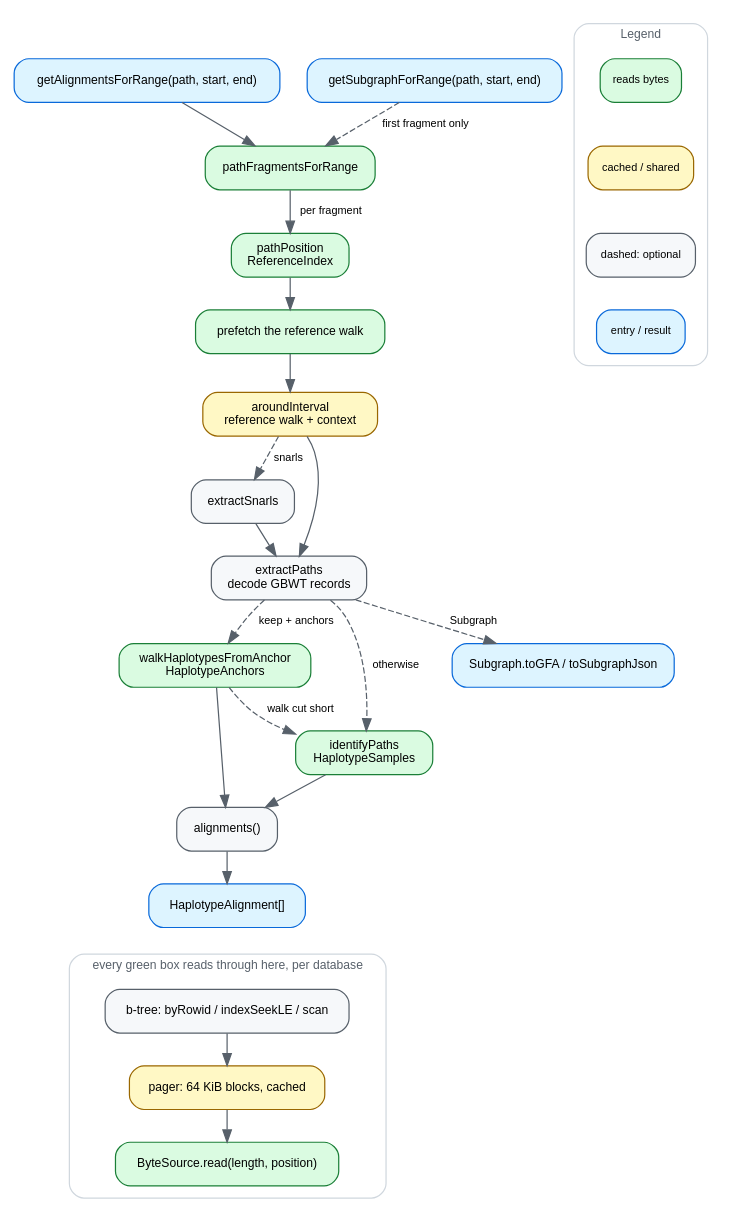
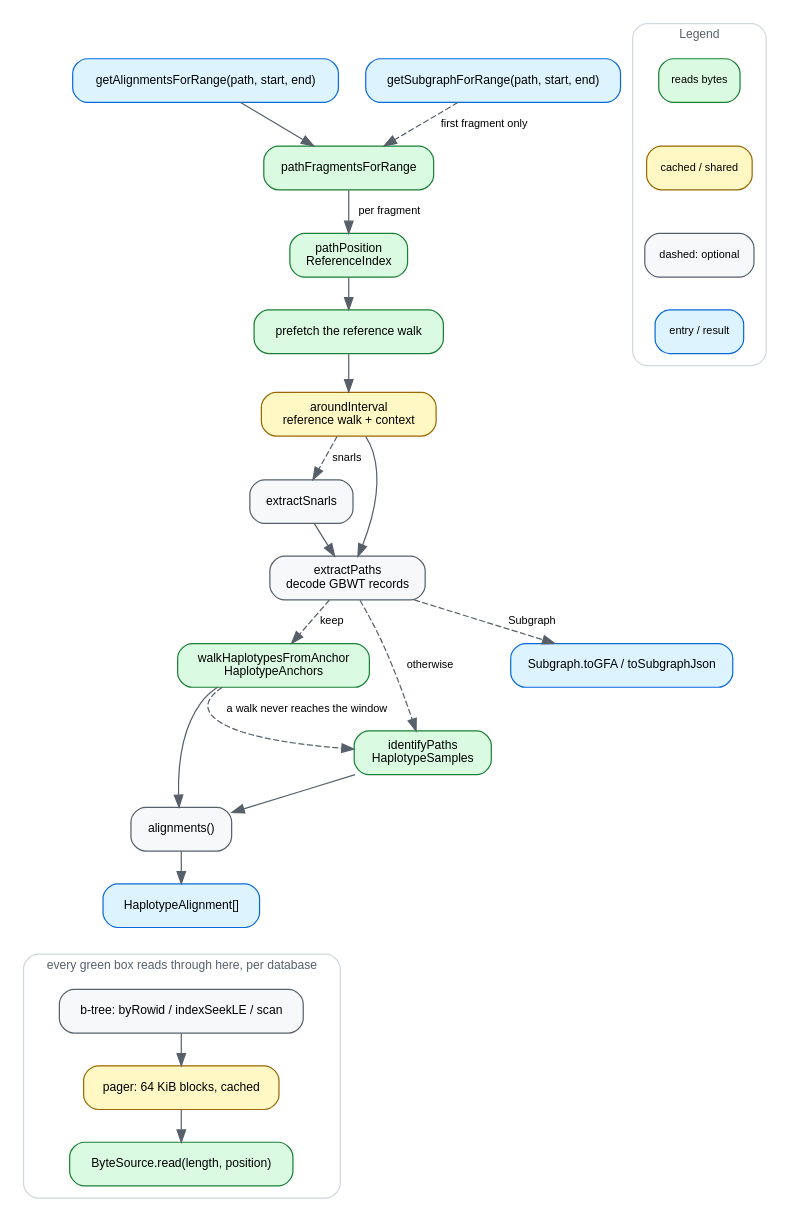
The diagram in docs/img/dataflow.dot (GMOD/gbz-base-js), drawn with Graphviz before and after one commit. The commit also changed 11 other files, not shown here.

```diff
--- a/docs/img/dataflow.dot
+++ b/docs/img/dataflow.dot
@@ -1,101 +1,101 @@
 // Source for docs/img/dataflow.svg, which docs/dataflow.md embeds.
 // Regenerate with: dot -Tsvg docs/img/dataflow.dot -o docs/img/dataflow.svg
 //
 // Deliberately the MAIN PATH only — the node and --between queries, snarl
 // extension and the fragment joining are described in dataflow.md instead. A
 // diagram that shows every branch stops being the thing you look at first.
 // The two identification routes ARE in, because which one a query takes is
 // the difference between reading a set of haplotypes and reading the graph.
 // Step labels stay to one or two words past the function name for the same
 // reason; dataflow.md carries the rest.
 //
 // Both entry points are drawn at the top. getSubgraphForRange used to be an
 // edge label between extractPaths and the GFA box, which put the name of a
 // caller at the wrong end of the arrow — it reads as something extractPaths
 // calls. It enters where it really enters, and the arrow out of extractPaths
 // is labelled with what it hands back.
 //
 // The storage cluster hangs off nothing on purpose. Every green box reads
 // through it, and drawing those six edges buried the spine they cross.
 //
 // SYNC: ~/src/gmod/bam-js/docs/img/dataflow.dot — same palette, legend and
 // spine, and tabix-js, cram-js and hic share them too. The orange "wasm" and
 // purple "off the main thread" entries of that legend are absent here rather
 // than restyled: nothing in this reader is wasm (docs/internals.md#why-not-webassembly is why)
 // and it puts nothing on a thread of its own — JBrowse runs the whole thing
 // in an RPC worker instead. The blue "entry / result" entry is this diagram's
 // own addition: the siblings have one entry point and can leave the mark to
 // position, and this one has two.
 digraph gbzbasejs {
   rankdir=TB
   bgcolor="white"
   nodesep=0.3
   ranksep=0.36
   node [shape=box style="filled,rounded" fillcolor="#f6f8fa" color="#57606a"
         fontname="Helvetica" fontsize=10 margin="0.14,0.07"]
   edge [color="#57606a" fontname="Helvetica" fontsize=9]
 
   query    [label="getAlignmentsForRange(path, start, end)" fillcolor="#ddf4ff" color="#0969da"]
   frags    [label="pathFragmentsForRange" fillcolor="#dafbe1" color="#1a7f37"]
   pos      [label="pathPosition\nReferenceIndex" fillcolor="#dafbe1" color="#1a7f37"]
   prefetch [label="prefetch the reference walk" fillcolor="#dafbe1" color="#1a7f37"]
   walk     [label="aroundInterval\nreference walk + context" fillcolor="#fff8c5" color="#9a6700"]
   snarls   [label="extractSnarls"]
   extract  [label="extractPaths\ndecode GBWT records"]
   anchored [label="walkHaplotypesFromAnchor\nHaplotypeAnchors" fillcolor="#dafbe1" color="#1a7f37"]
   sampled  [label="identifyPaths\nHaplotypeSamples" fillcolor="#dafbe1" color="#1a7f37"]
   align    [label="alignments()"]
   out      [label="HaplotypeAlignment[]" fillcolor="#ddf4ff" color="#0969da"]
   sub      [label="getSubgraphForRange(path, start, end)" fillcolor="#ddf4ff" color="#0969da"]
   gfa      [label="Subgraph.toGFA / toSubgraphJson" fillcolor="#ddf4ff" color="#0969da"]
 
   query -> frags
   sub -> frags [style=dashed label=" first fragment only "]
   frags -> pos [label=" per fragment "]
   pos -> prefetch
   prefetch -> walk
   walk -> snarls [style=dashed label=" snarls "]
   walk -> extract
   snarls -> extract
-  extract -> anchored [style=dashed label=" keep + anchors " weight=6]
+  extract -> anchored [style=dashed label=" keep " weight=6]
   extract -> sampled [style=dashed label=" otherwise " weight=6]
   anchored -> align
   sampled -> align
-  anchored -> sampled [style=dashed label=" walk cut short "]
+  anchored -> sampled [style=dashed label=" a walk never reaches the window "]
   align -> out [weight=10]
   extract -> gfa [style=dashed label=" Subgraph " weight=0]
 
   subgraph cluster_store {
     label="every green box reads through here, per database"
     labelloc="t"
     fontname="Helvetica"
     fontsize=10
     fontcolor="#57606a"
     color="#d0d7de"
     style="rounded"
     margin=10
     btree [label="b-tree: byRowid / indexSeekLE / scan"]
     pager [label="pager: 64 KiB blocks, cached" fillcolor="#fff8c5" color="#9a6700"]
     source [label="ByteSource.read(length, position)" fillcolor="#dafbe1" color="#1a7f37"]
     btree -> pager -> source
   }
 
   out -> btree [style=invis weight=10]
 
   subgraph cluster_legend {
     label="Legend"
     labelloc="t"
     fontname="Helvetica"
     fontsize=10
     fontcolor="#57606a"
     color="#d0d7de"
     style="rounded"
     margin=10
     node [shape=box style="filled,rounded" fontsize=9 margin="0.1,0.04"]
     l1 [label="reads bytes" fillcolor="#dafbe1" color="#1a7f37"]
     l2 [label="cached / shared" fillcolor="#fff8c5" color="#9a6700"]
     l3 [label="dashed: optional" fillcolor="#f6f8fa" color="#57606a"]
     l4 [label="entry / result" fillcolor="#ddf4ff" color="#0969da"]
     l1 -> l2 -> l3 -> l4 [style=invis constraint=true]
   }
 }
```
